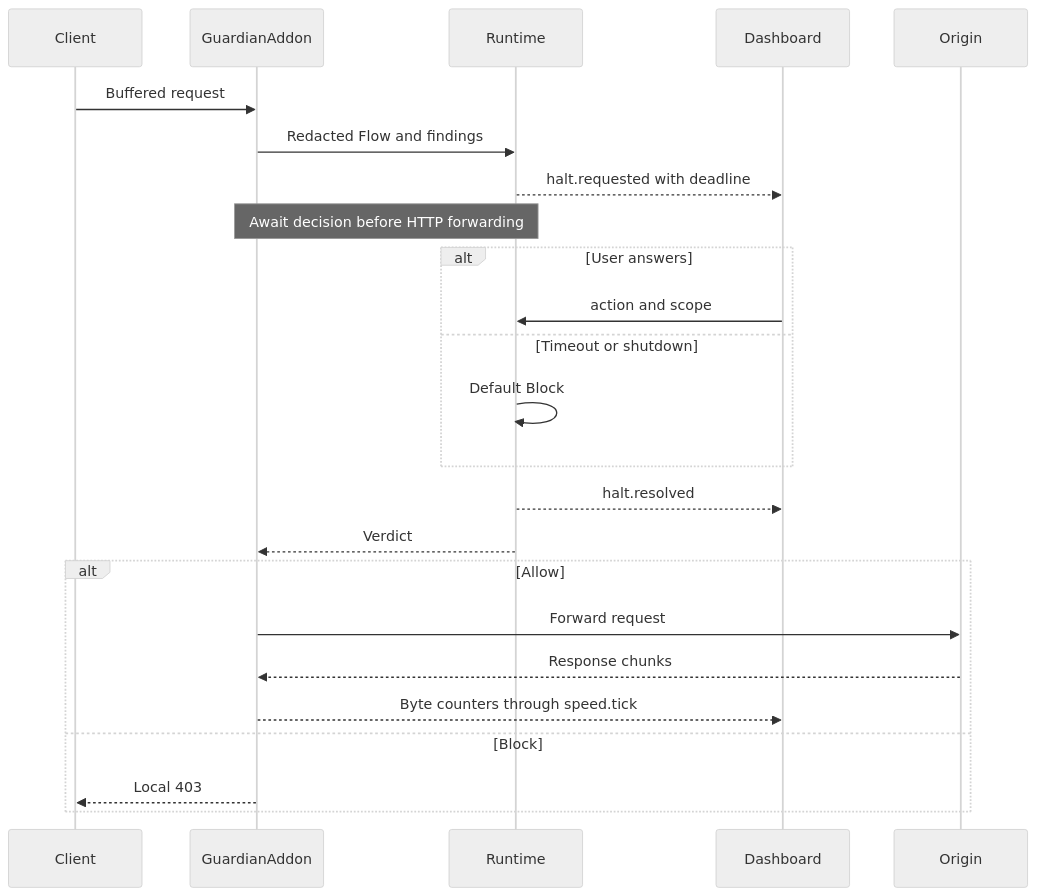
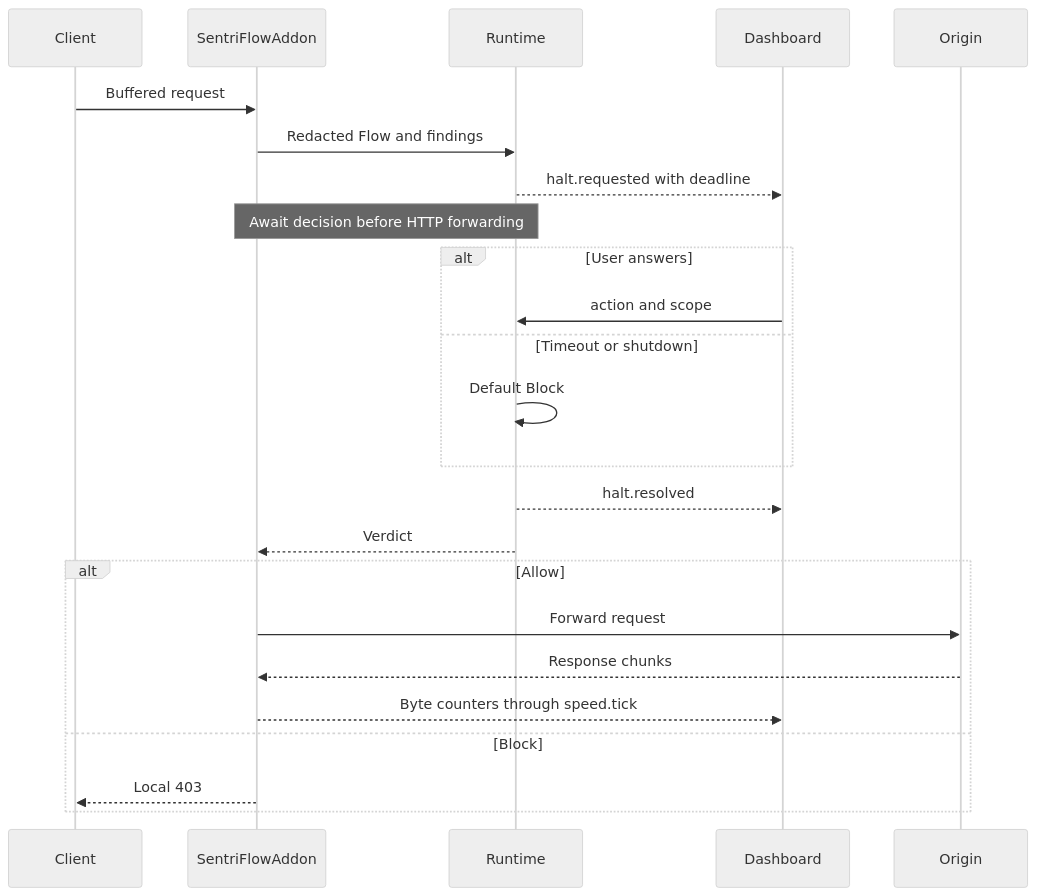
One commit to Celtors/SentriFlow-Network-Security changed the diagram in docs/proposal/diagrams/halt-workflow.mmd. Above: the diagram before and after it, drawn with Mermaid (neutral theme). The commit also changed 64 other files, not shown here.

```diff
--- a/docs/proposal/diagrams/halt-workflow.mmd
+++ b/docs/proposal/diagrams/halt-workflow.mmd
@@ -1,24 +1,24 @@
 sequenceDiagram
   participant C as Client
-  participant P as GuardianAddon
+  participant P as SentriFlowAddon
   participant R as Runtime
   participant U as Dashboard
   participant O as Origin
   C->>P: Buffered request
   P->>R: Redacted Flow and findings
   R-->>U: halt.requested with deadline
   Note over P,R: Await decision before HTTP forwarding
   alt User answers
     U->>R: action and scope
   else Timeout or shutdown
     R->>R: Default Block
   end
   R-->>U: halt.resolved
   R-->>P: Verdict
   alt Allow
     P->>O: Forward request
     O-->>P: Response chunks
     P-->>U: Byte counters through speed.tick
   else Block
     P-->>C: Local 403
   end
```
